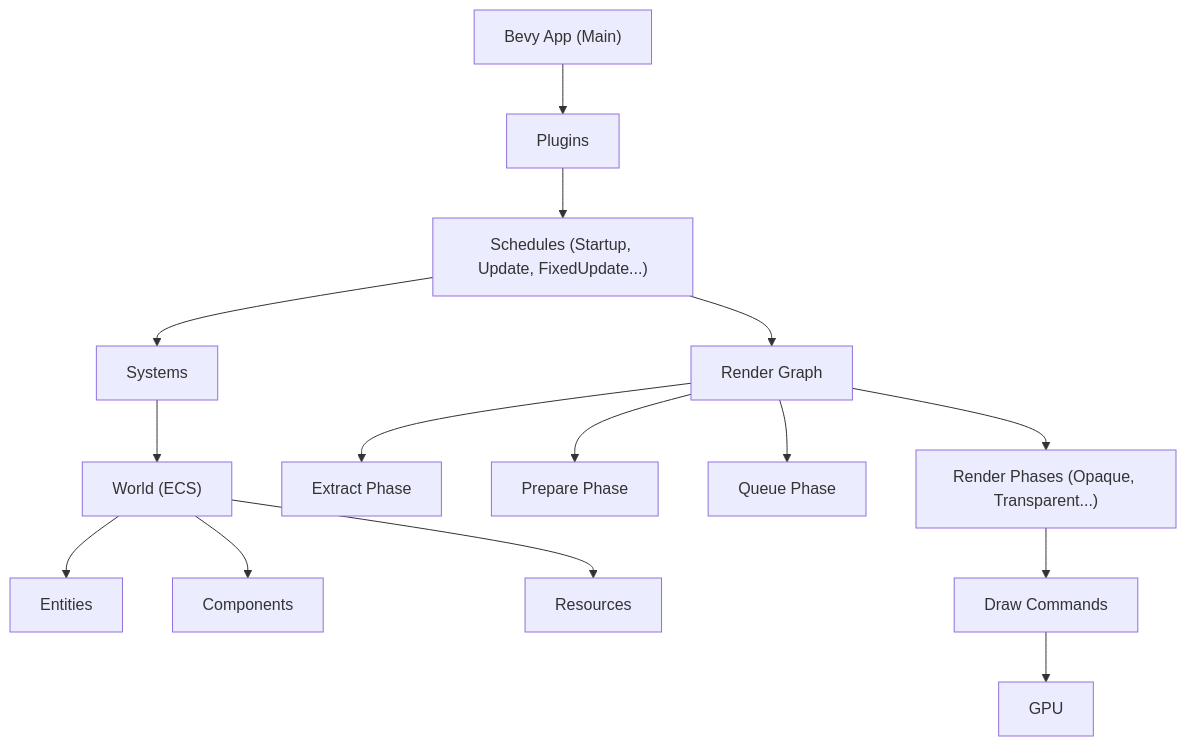
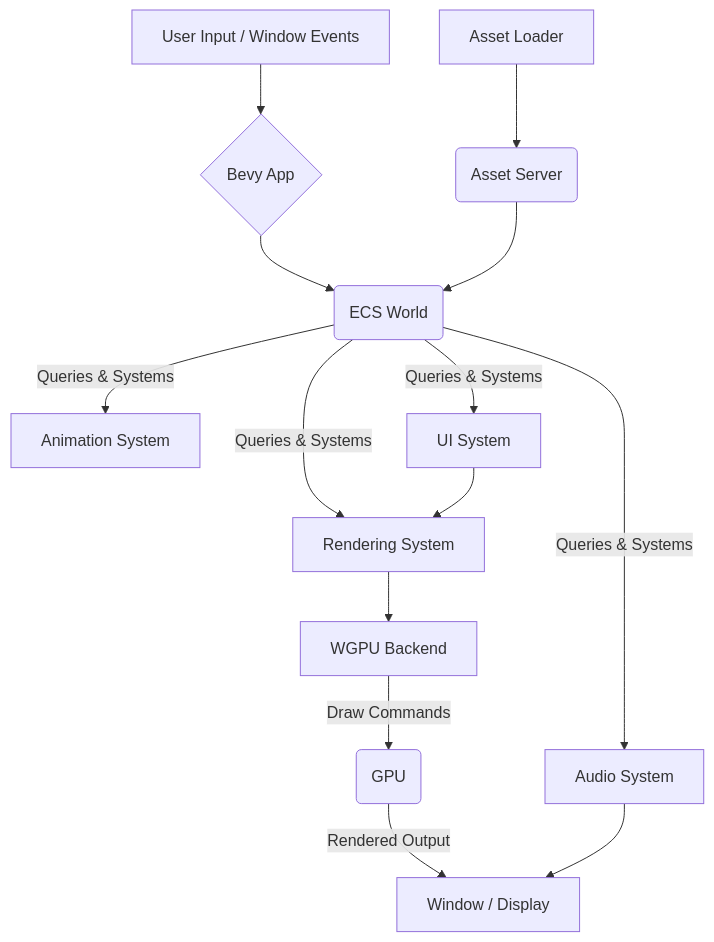
Before and after one commit to grewal16/bevy: the diagram in README.md, drawn with Mermaid. The commit also changed other lines of this file, not shown here.

````diff
--- a/README.md
+++ b/README.md
@@ -50,17 +40,16 @@
 ```mermaid
 graph TD
-    A["Bevy App (Main)"] --> B["Plugins"];
-    B --> C["Schedules (Startup, Update, FixedUpdate...)"];
-    C --> D["Systems"];
-    D --> E["World (ECS)"];
-    E --> F["Entities"];
-    E --> G["Components"];
-    E --> H["Resources"];
-    C --> I["Render Graph"];
-    I --> J["Extract Phase"];
-    I --> K["Prepare Phase"];
-    I --> L["Queue Phase"];
-    I --> M["Render Phases (Opaque, Transparent...)"];
-    M --> N["Draw Commands"];
-    N --> O["GPU"];
+    A[User Input / Window Events] --> B{Bevy App};
+    B --> C(ECS World);
+    C -- "Queries & Systems" --> D[Animation System];
+    C -- "Queries & Systems" --> E[UI System];
+    C -- "Queries & Systems" --> F[Audio System];
+    C -- "Queries & Systems" --> G[Rendering System];
+    G --> H[WGPU Backend];
+    H -- "Draw Commands" --> I(GPU);
+    I -- "Rendered Output" --> J[Window / Display];
+    K[Asset Loader] --> L(Asset Server);
+    L --> C;
+    E --> G;
+    F --> J;
 ```
````
